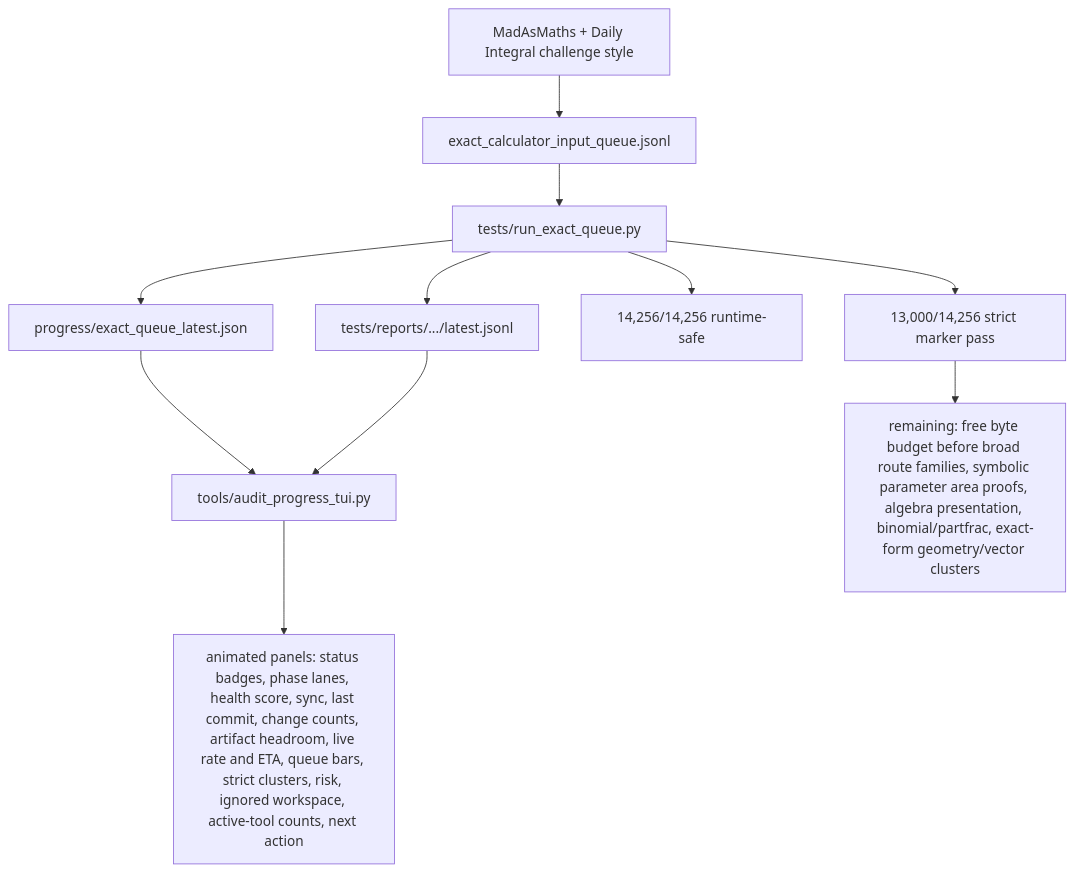
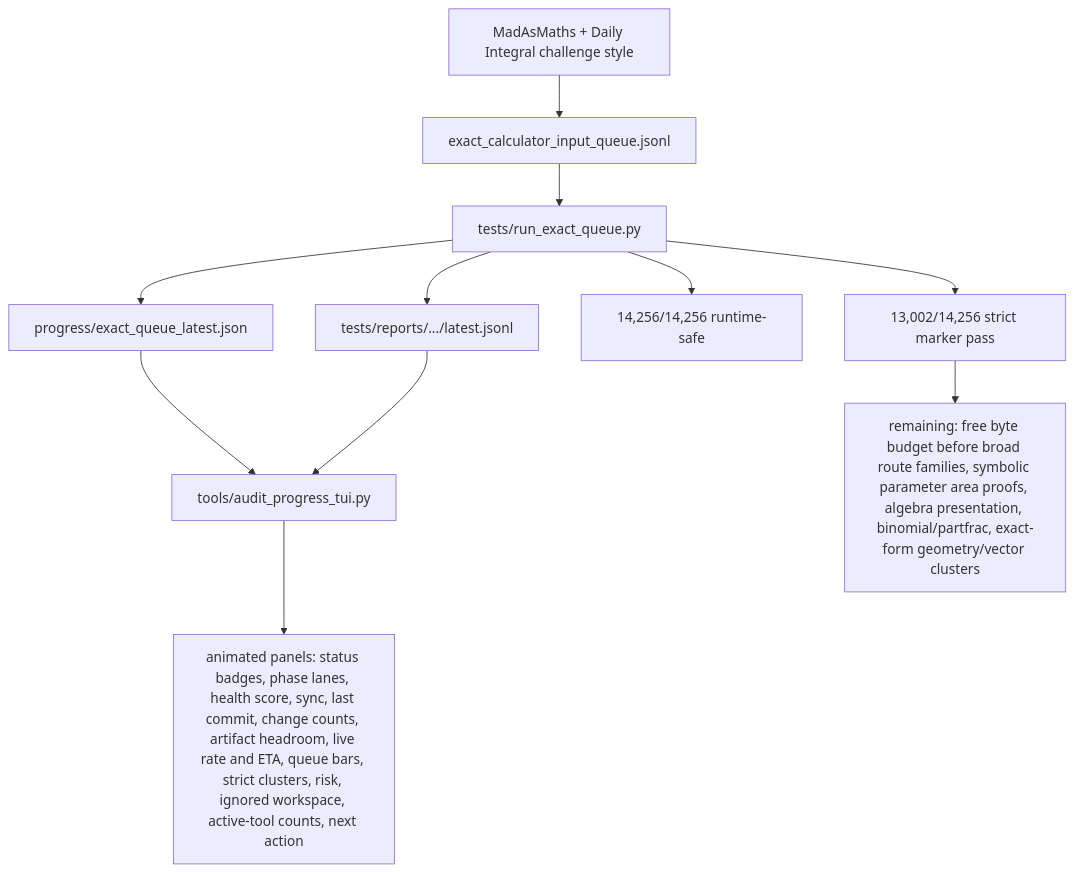
One commit to james8464/notes-addin-casio-fx-cg50 changed the fifth of 6 diagrams in docs/GRAPH.md. Above: the diagram before and after it, drawn with Mermaid. The commit also changed other lines of this file and 3 other files, not shown here.

````diff
--- a/docs/GRAPH.md
+++ b/docs/GRAPH.md
@@ -60,13 +60,13 @@
 ```mermaid
 graph TD
   Online["MadAsMaths + Daily Integral challenge style"] --> Queue["exact_calculator_input_queue.jsonl"]
   Queue --> Runner["tests/run_exact_queue.py"]
   Runner --> Live["progress/exact_queue_latest.json"]
   Runner --> Report["tests/reports/.../latest.jsonl"]
   Live --> TUI["tools/audit_progress_tui.py"]
   Report --> TUI
   TUI --> Panels["animated panels: status badges, phase lanes, health score, sync, last commit, change counts, artifact headroom, live rate and ETA, queue bars, strict clusters, risk, ignored workspace, active-tool counts, next action"]
   Runner --> Runtime["14,256/14,256 runtime-safe"]
-  Runner --> Strict["13,000/14,256 strict marker pass"]
+  Runner --> Strict["13,002/14,256 strict marker pass"]
   Strict --> Remaining["remaining: free byte budget before broad route families, symbolic parameter area proofs, algebra presentation, binomial/partfrac, exact-form geometry/vector clusters"]
 ```
````
